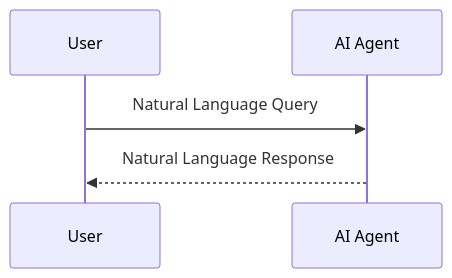
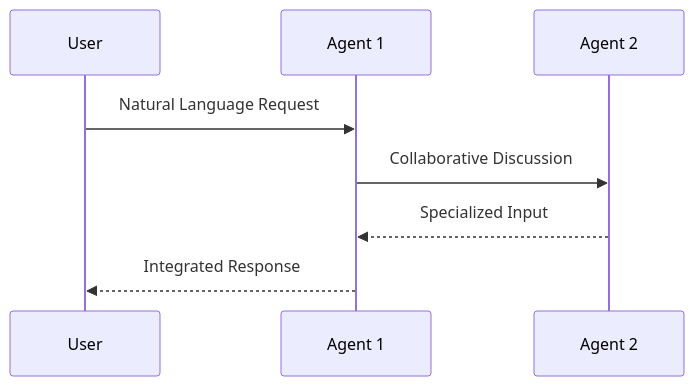
One commit to raphaelmansuy/digital_palace changed the third of 4 diagrams in reference/techniques/autogen/README.md. Above: the diagram before and after it, drawn with Mermaid. The commit also changed other lines of this file and 6 other files, not shown here.

````diff
--- a/reference/techniques/autogen/README.md
+++ b/reference/techniques/autogen/README.md
@@ -28,7 +85,10 @@
 ```mermaid
 sequenceDiagram
-    Participant U as User
-    Participant A as AI Agent
-    U->>A: Natural Language Query
-    A-->>U: Natural Language Response
+    participant U as User
+    participant A1 as Agent 1
+    participant A2 as Agent 2
+    U->>A1: Natural Language Request
+    A1->>A2: Collaborative Discussion
+    A2-->>A1: Specialized Input
+    A1-->>U: Integrated Response
 ```
````
